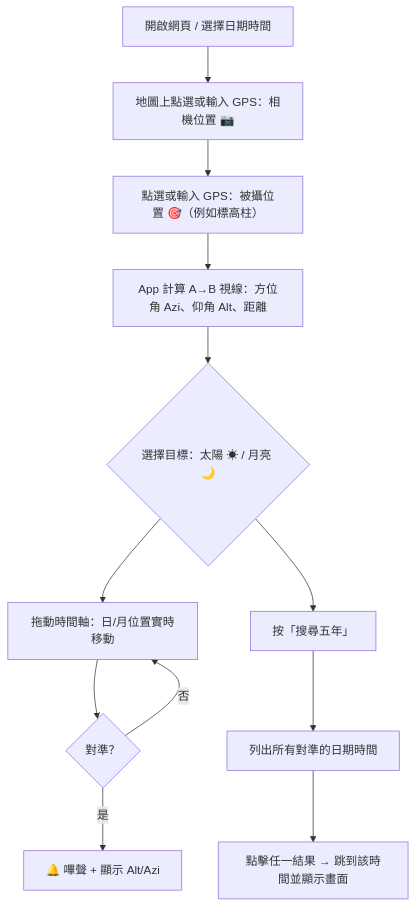
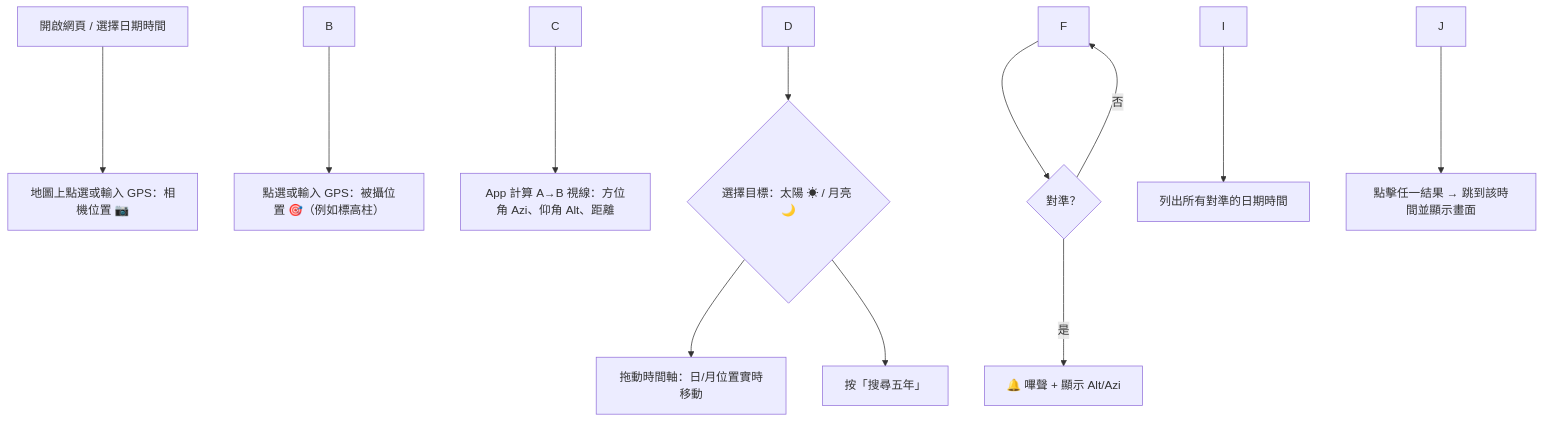
Before and after one commit to inchinet/sun-moon-trail: the first of 2 diagrams in README.md, drawn with Mermaid. The commit also changed other lines of this file, not shown here.

````diff
--- a/README.md
+++ b/README.md
@@ -79,14 +80,14 @@
 ```mermaid
 flowchart TD
-    A["開啟網頁 / 選擇日期時間"] --> B["地圖上點選或輸入 GPS：相機位置 📷"]
-    B --> C["點選或輸入 GPS：被攝位置 🎯（例如標高柱）"]
-    C --> D["App 計算 A→B 視線：方位角 Azi、仰角 Alt、距離"]
+    A\\\["開啟網頁 / 選擇日期時間"] --> B\\\["地圖上點選或輸入 GPS：相機位置 📷"]
+    B --> C\\\["點選或輸入 GPS：被攝位置 🎯（例如標高柱）"]
+    C --> D\\\["App 計算 A→B 視線：方位角 Azi、仰角 Alt、距離"]
     D --> E{"選擇目標：太陽 ☀ / 月亮 🌙"}
-    E --> F["拖動時間軸：日/月位置實時移動"]
+    E --> F\\\["拖動時間軸：日/月位置實時移動"]
     F --> G{"對準？"}
-    G -- "是" --> H["🔔 嗶聲 + 顯示 Alt/Azi"]
+    G -- "是" --> H\\\["🔔 嗶聲 + 顯示 Alt/Azi"]
     G -- "否" --> F
-    E --> I["按「搜尋五年」"]
-    I --> J["列出所有對準的日期時間"]
-    J --> K["點擊任一結果 → 跳到該時間並顯示畫面"]
+    E --> I\\\["按「搜尋五年」"]
+    I --> J\\\["列出所有對準的日期時間"]
+    J --> K\\\["點擊任一結果 → 跳到該時間並顯示畫面"]
 ```
````
